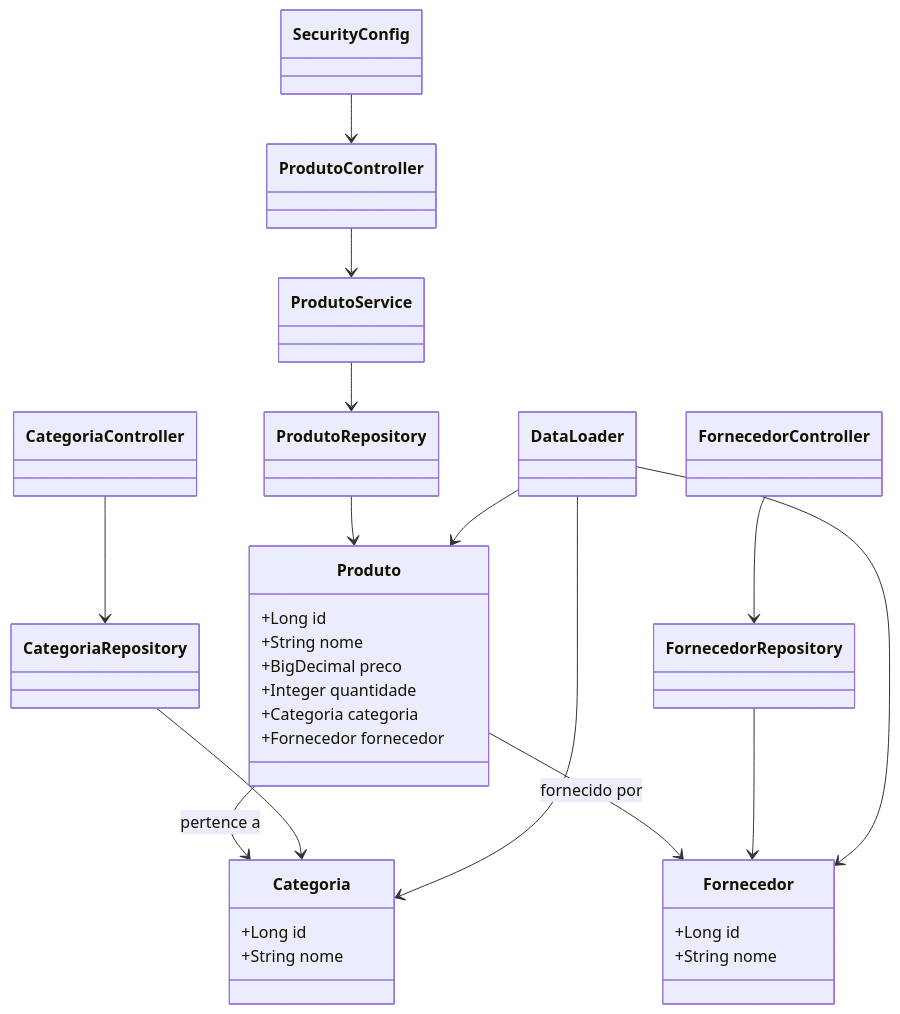
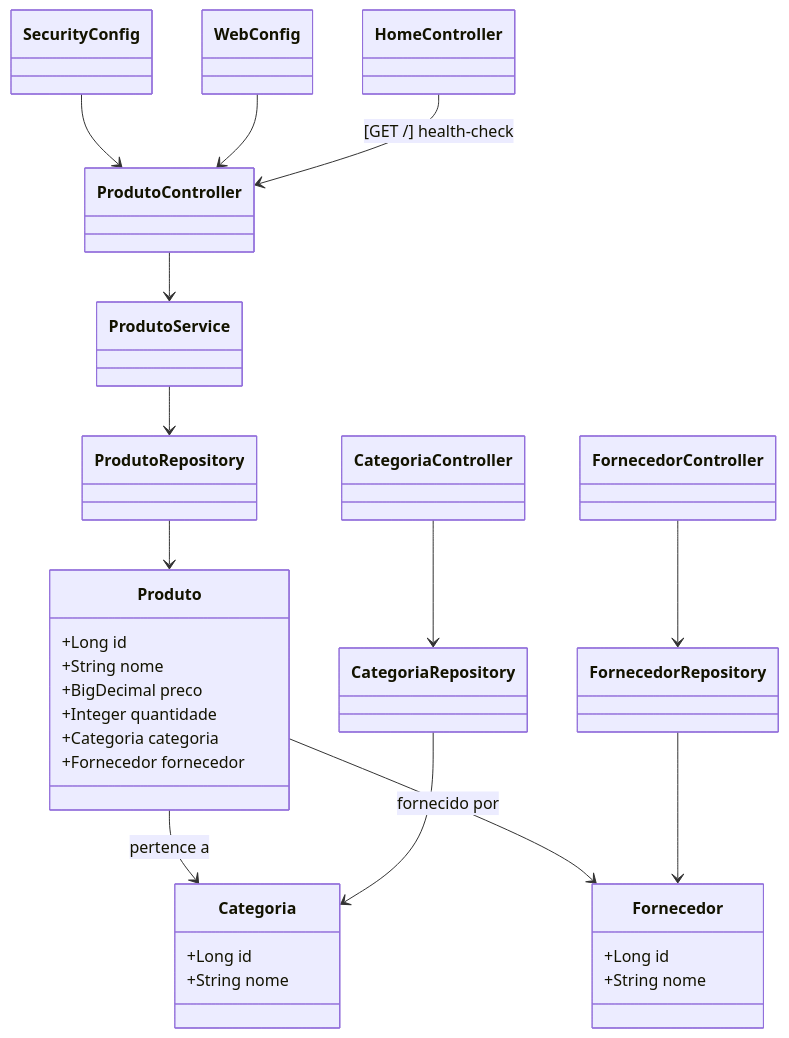
The diagram in README.md (alvaro5801/JavaAvanadeProject), drawn with Mermaid before and after one commit. The commit also changed other lines of this file, not shown here.

````diff
--- a/README.md
+++ b/README.md
@@ -3,57 +3,69 @@
 ```mermaid
 classDiagram
     direction TB
 
+    %% Entidades
     class Produto {
         +Long id
         +String nome
         +BigDecimal preco
         +Integer quantidade
         +Categoria categoria
         +Fornecedor fornecedor
     }
 
     class Categoria {
         +Long id
         +String nome
     }
 
     class Fornecedor {
         +Long id
         +String nome
     }
 
+    %% Controllers
     class ProdutoController
     class CategoriaController
     class FornecedorController
+    class HomeController
+
+    %% Services
     class ProdutoService
+
+    %% Repositórios
     class ProdutoRepository
     class CategoriaRepository
     class FornecedorRepository
+
+    %% Configurações
     class SecurityConfig
-    class DataLoader
+    class WebConfig
 
     %% Relacionamentos de domínio
     Produto --> Categoria : pertence a
     Produto --> Fornecedor : fornecido por
 
-    %% Lógica de negócio
+    %% Fluxo de Produto
     ProdutoController --> ProdutoService
     ProdutoService --> ProdutoRepository
     ProdutoRepository --> Produto
 
+    %% Fluxo de Categoria
     CategoriaController --> CategoriaRepository
     CategoriaRepository --> Categoria
 
+    %% Fluxo de Fornecedor
     FornecedorController --> FornecedorRepository
     FornecedorRepository --> Fornecedor
 
-    %% Configurações
+    %% Segurança e CORS
     SecurityConfig --> ProdutoController
-    DataLoader --> Categoria
-    DataLoader --> Fornecedor
-    DataLoader --> Produto
+    WebConfig --> ProdutoController
+
+    %% Home
+    HomeController --> ProdutoController : [GET /] health-check
 
 
 
 ```
````
